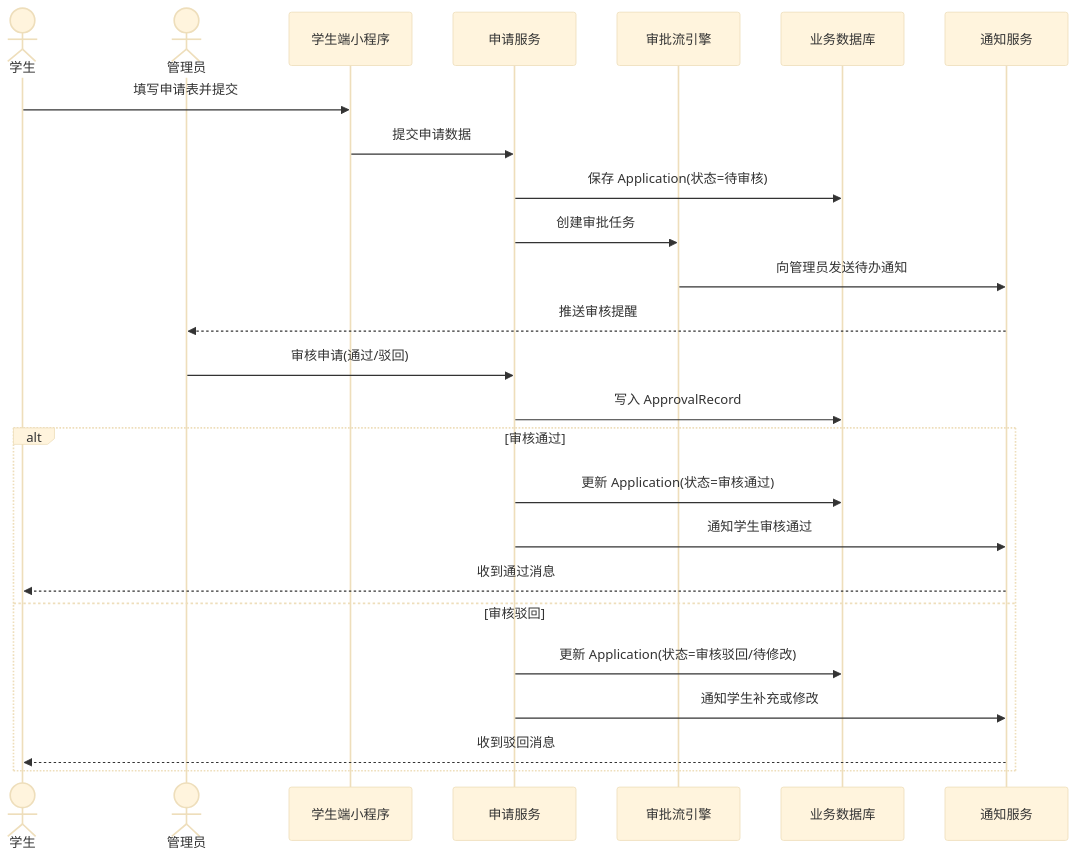
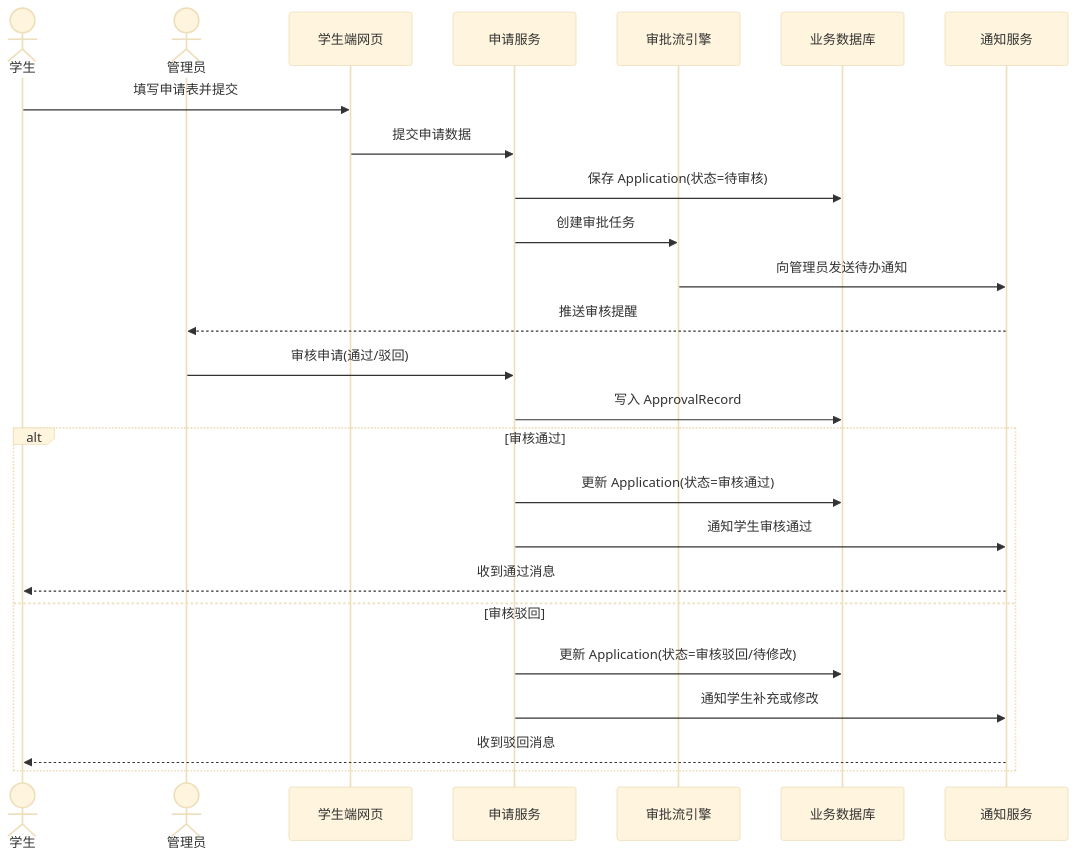
Before and after one commit to gabriellaXL/Software-engineer-team: the third of 6 diagrams in uml-analysis-model.md, drawn with Mermaid (base theme). The commit also changed other lines of this file and 16 other files, not shown here.

````diff
--- a/uml-analysis-model.md
+++ b/uml-analysis-model.md
@@ -90,30 +90,30 @@
 ```mermaid
 sequenceDiagram
     actor Student as 学生
     actor Admin as 管理员
-    participant MiniApp as 学生端小程序
+    participant StudentWeb as 学生端网页
     participant AppService as 申请服务
     participant Workflow as 审批流引擎
     participant DB as 业务数据库
     participant Notify as 通知服务
 
-    Student->>MiniApp: 填写申请表并提交
-    MiniApp->>AppService: 提交申请数据
+    Student->>StudentWeb: 填写申请表并提交
+    StudentWeb->>AppService: 提交申请数据
     AppService->>DB: 保存 Application(状态=待审核)
     AppService->>Workflow: 创建审批任务
     Workflow->>Notify: 向管理员发送待办通知
     Notify-->>Admin: 推送审核提醒
 
     Admin->>AppService: 审核申请(通过/驳回)
     AppService->>DB: 写入 ApprovalRecord
 
     alt 审核通过
         AppService->>DB: 更新 Application(状态=审核通过)
         AppService->>Notify: 通知学生审核通过
         Notify-->>Student: 收到通过消息
     else 审核驳回
         AppService->>DB: 更新 Application(状态=审核驳回/待修改)
         AppService->>Notify: 通知学生补充或修改
         Notify-->>Student: 收到驳回消息
     end
 ```
````
